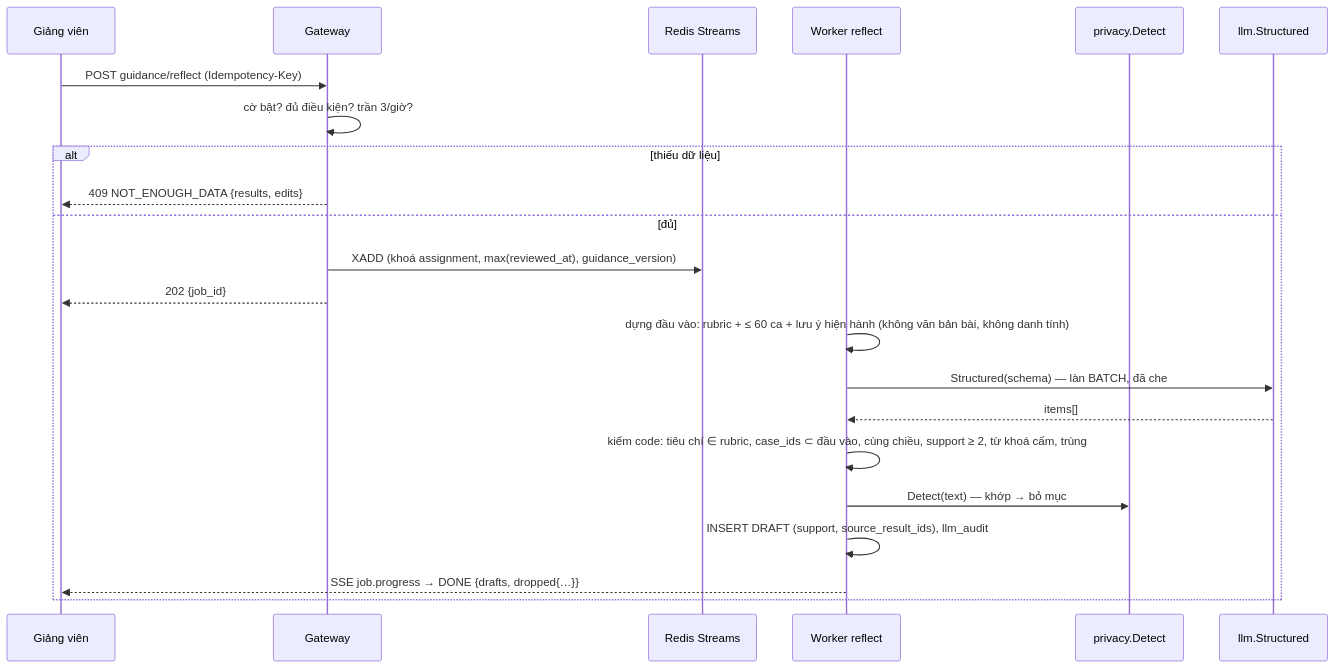
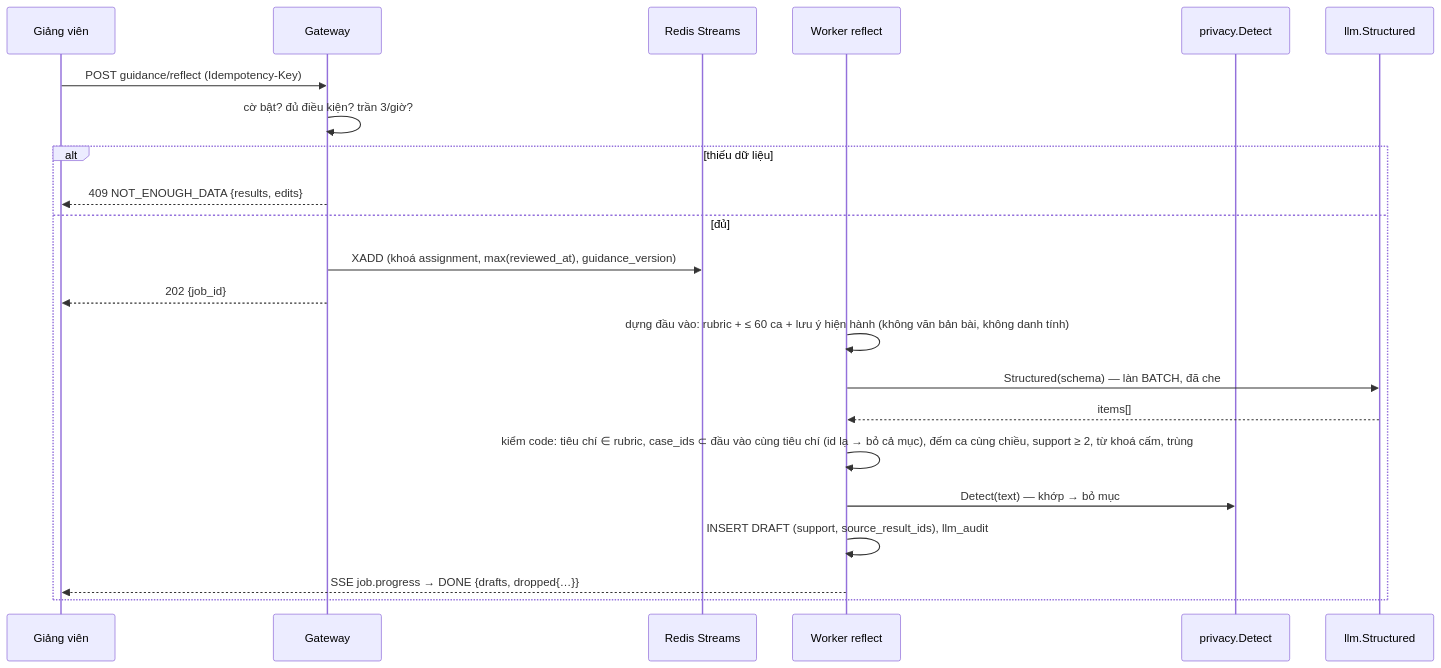
The second of 7 diagrams in docs/specs/FEAT-grading-guidance/SRS.md (kagamikuro1024/EduPilot-v2), drawn with Mermaid before and after one commit. The commit also changed other lines of this file and 1 other file, not shown here.

Commit message:
10.6: BA sửa AC theo P-106-7 (case_id lạ → bỏ cả mục; ca ngược chiều chỉ không đếm); SRS v1.4

````diff
--- a/docs/specs/FEAT-grading-guidance/SRS.md
+++ b/docs/specs/FEAT-grading-guidance/SRS.md
@@ -79,24 +81,24 @@
 ```mermaid
 sequenceDiagram
   participant T as Giảng viên
   participant G as Gateway
   participant R as Redis Streams
   participant W as Worker reflect
   participant P as privacy.Detect
   participant L as llm.Structured
   T->>G: POST guidance/reflect (Idempotency-Key)
   G->>G: cờ bật? đủ điều kiện? trần 3/giờ?
   alt thiếu dữ liệu
     G-->>T: 409 NOT_ENOUGH_DATA {results, edits}
   else đủ
     G->>R: XADD (khoá assignment, max(reviewed_at), guidance_version)
     G-->>T: 202 {job_id}
     W->>W: dựng đầu vào: rubric + ≤ 60 ca + lưu ý hiện hành (không văn bản bài, không danh tính)
     W->>L: Structured(schema) — làn BATCH, đã che
     L-->>W: items[]
-    W->>W: kiểm code: tiêu chí ∈ rubric, case_ids ⊂ đầu vào, cùng chiều, support ≥ 2, từ khoá cấm, trùng
+    W->>W: kiểm code: tiêu chí ∈ rubric, case_ids ⊂ đầu vào cùng tiêu chí (id lạ → bỏ cả mục), đếm ca cùng chiều, support ≥ 2, từ khoá cấm, trùng
     W->>P: Detect(text) — khớp → bỏ mục
     W->>W: INSERT DRAFT (support, source_result_ids), llm_audit
     W-->>T: SSE job.progress → DONE {drafts, dropped{…}}
   end
 ```
````
